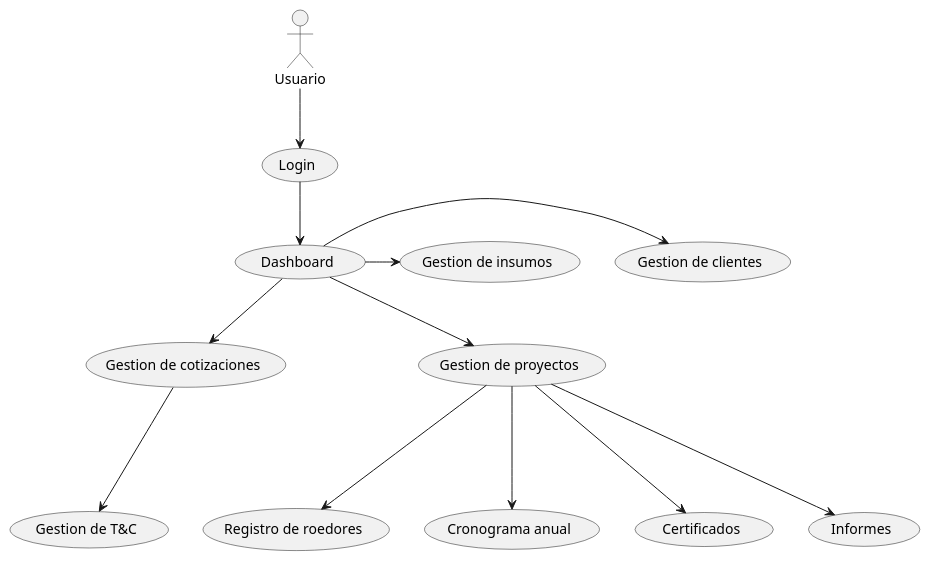
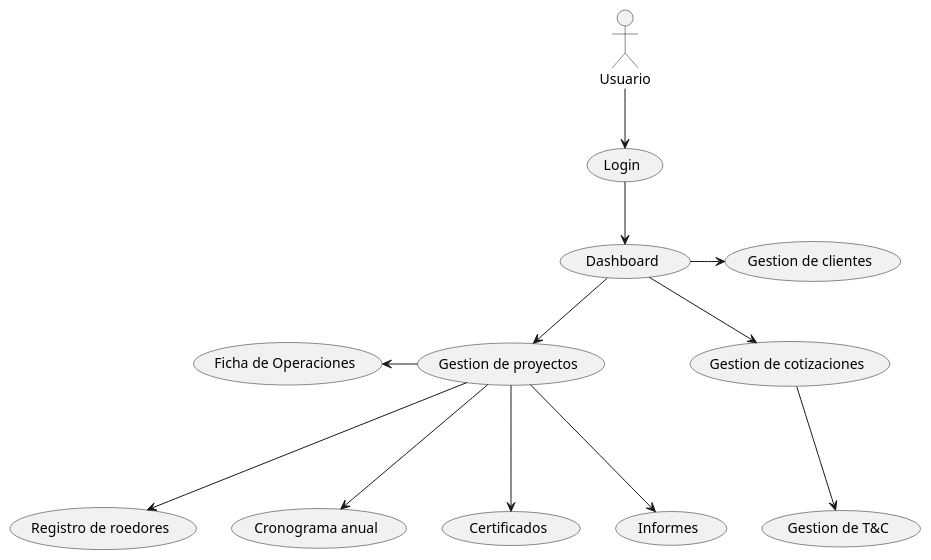
The diagram in docs/src/content/docs/docs/vista-general.mdx (digitales-2024/perucontrol), drawn with PlantUML before and after one commit. The commit also changed 1 other file, not shown here.

Commit message:
docs: update client diagrams

```diff
--- a/docs/src/content/docs/docs/vista-general.mdx
+++ b/docs/src/content/docs/docs/vista-general.mdx
@@ -8,14 +8,14 @@
 @startuml
 :Usuario: --> (Login)
 (Login) --> (Dashboard)
 (Dashboard) -r-> (Gestion de clientes)
-(Dashboard) -r-> (Gestion de insumos)
 (Dashboard) --> (Gestion de cotizaciones)
 (Dashboard) --> (Gestion de proyectos)
 
 (Gestion de cotizaciones) ---> (Gestion de T&C)
+(Gestion de proyectos) -l-> (Ficha de Operaciones)
 (Gestion de proyectos) ---> (Registro de roedores)
 (Gestion de proyectos) ---> (Cronograma anual)
 (Gestion de proyectos) ---> (Certificados)
 (Gestion de proyectos) ---> (Informes)
 @enduml
```
